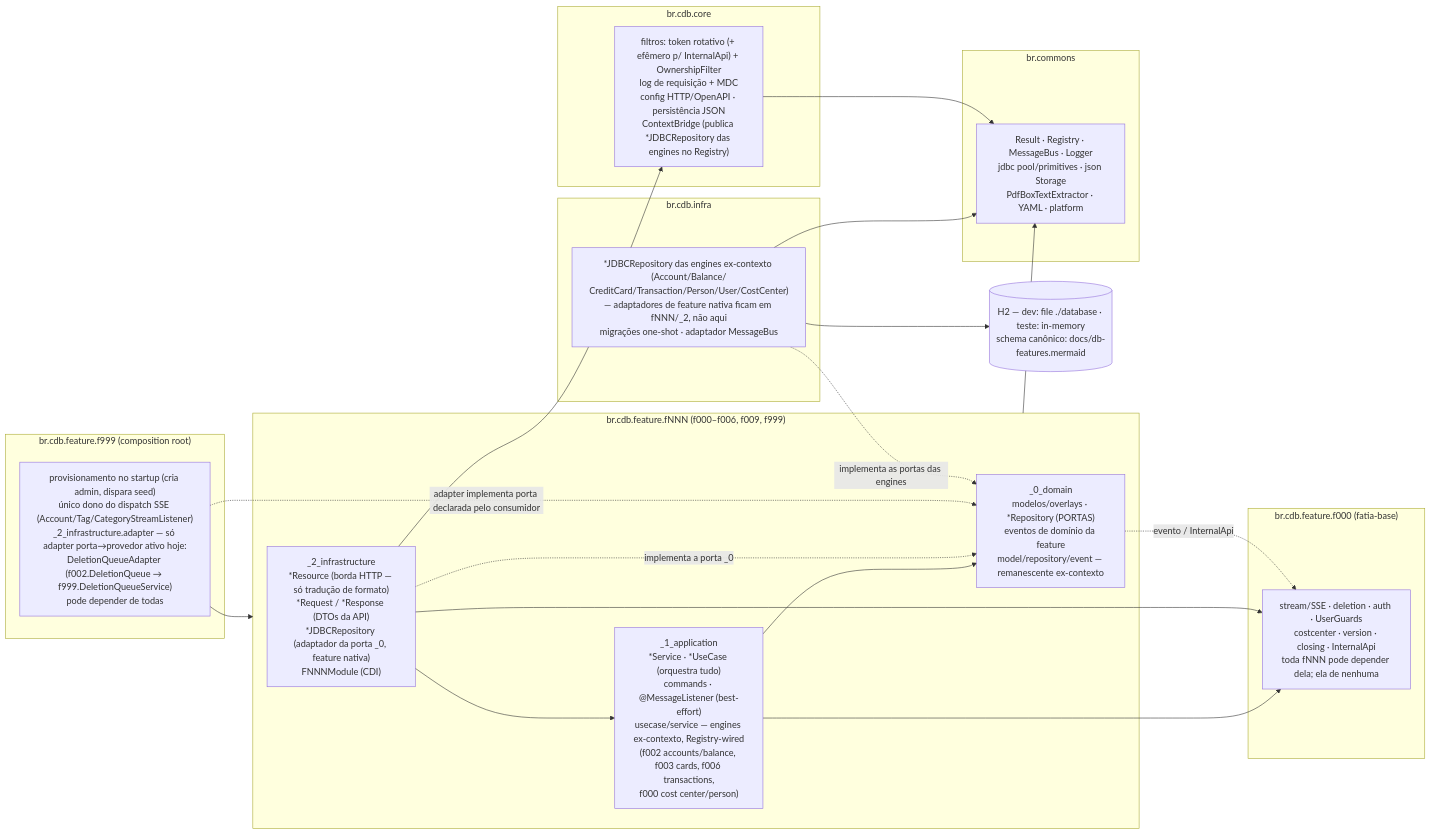
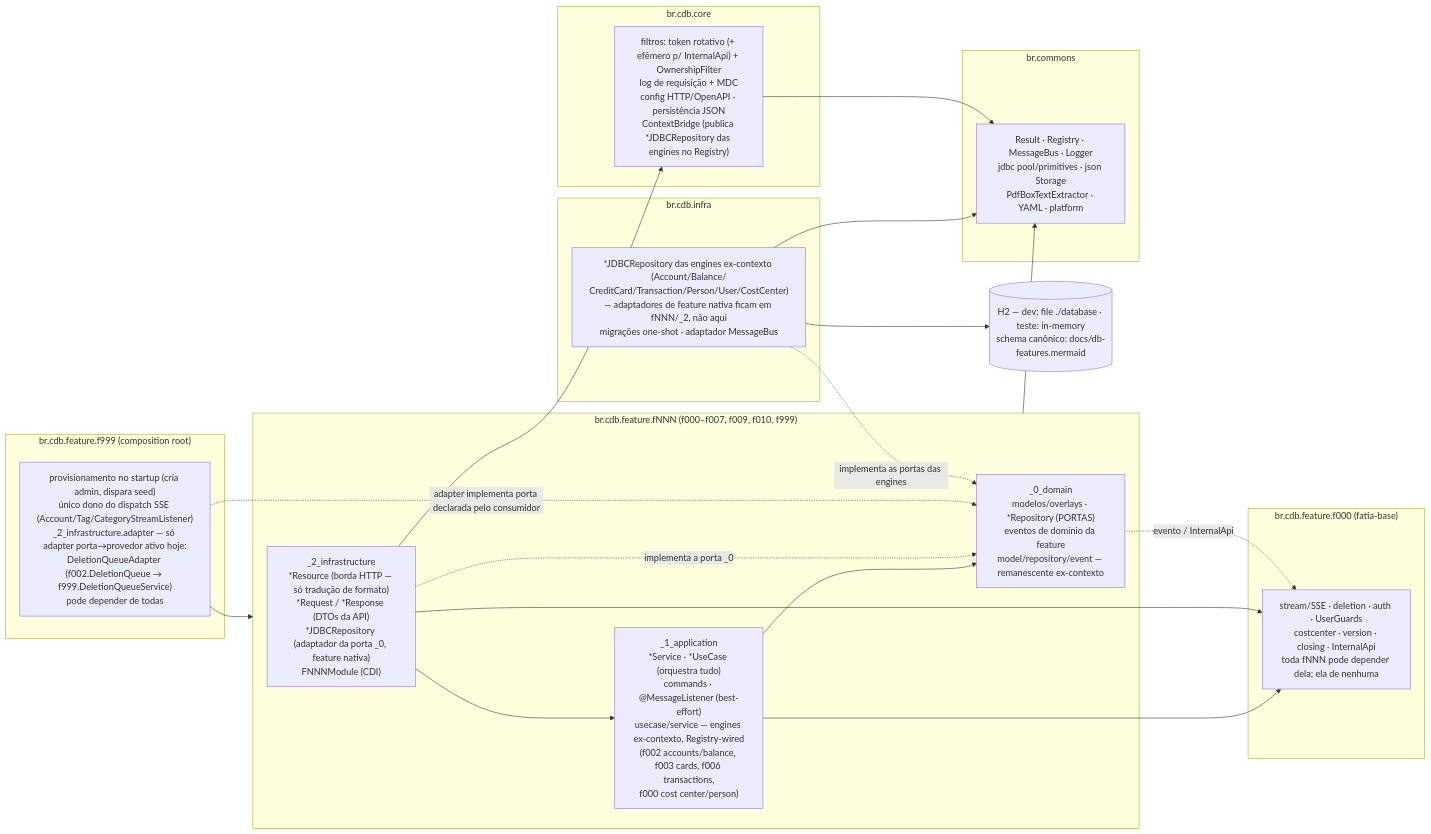
Before and after one commit to bkaraujo/cdb-judas: the diagram in docs/architecture-backend.mermaid, drawn with Mermaid. The commit also changed 110 other files, not shown here.

```diff
--- a/docs/architecture-backend.mermaid
+++ b/docs/architecture-backend.mermaid
@@ -1,58 +1,58 @@
 flowchart LR
 %% CDB Finance — Backend: diagrama de pacotes (placement de classes).
 %% Cada caixa diz o que MORA no pacote; setas = dependências permitidas.
 %% ArchUnit proíbe: Resource→Repository; _1_application→_2_infrastructure (por fNNN);
 %% core→feature; fatia fNNN↔fNNN irmã, em qualquer direção (regra
 %% feature_slices_must_not_depend_on_sibling_slices). Só duas exceções nomeadas: alvo f000
 %% (kernel) e origem f999 (composition root). Cross-slice de verdade é sempre evento
 %% (f000._0_domain.event, efeito sem retorno), f000.InternalApi (HTTP interno contra o endpoint
 %% público da fatia dona, leitura síncrona com retorno), ou adapter em
 %% f999._2_infrastructure.adapter (porta declarada pelo consumidor, provedor do outro lado).
 %% Exceção temporária (desde a fase 2 de .claude/plan.md, ver javadoc de isDissolvedContextRemnant
 %% em ArchitectureTest): acesso direto a subpacotes _0_domain.model/repository/event e
 %% _1_application.command/service/usecase/event — organização que as classes de
 %% br-context-monetary/br-context-people já tinham antes da dissolução dos contextos (fase 2),
 %% preservada dentro de fNNN.
 
-    subgraph feature["br.cdb.feature.fNNN  (f000–f006, f009, f999)"]
+    subgraph feature["br.cdb.feature.fNNN  (f000–f007, f009, f010, f999)"]
         F2["_2_infrastructure<br>*Resource (borda HTTP — só tradução de formato)<br>*Request / *Response (DTOs da API)<br>*JDBCRepository (adaptador da porta _0, feature nativa)<br>FNNNModule (CDI)"]
         F1["_1_application<br>*Service · *UseCase (orquestra tudo)<br>commands · @MessageListener (best-effort)<br>usecase/service — engines ex-contexto, Registry-wired<br>(f002 accounts/balance, f003 cards, f006 transactions,<br>f000 cost center/person)"]
         F0["_0_domain<br>modelos/overlays · *Repository (PORTAS)<br>eventos de domínio da feature<br>model/repository/event — remanescente ex-contexto"]
     end
 
     subgraph base["br.cdb.feature.f000  (fatia-base)"]
         BASE["stream/SSE · deletion · auth · UserGuards<br>costcenter · version · closing · InternalApi<br>toda fNNN pode depender dela; ela de nenhuma"]
     end
 
     subgraph root["br.cdb.feature.f999  (composition root)"]
         ROOT["provisionamento no startup (cria admin, dispara seed)<br>único dono do dispatch SSE (Account/Tag/CategoryStreamListener)<br>_2_infrastructure.adapter — só adapter porta→provedor ativo hoje:<br>DeletionQueueAdapter (f002.DeletionQueue → f999.DeletionQueueService)<br>pode depender de todas"]
     end
 
     subgraph core["br.cdb.core"]
         CORE["filtros: token rotativo (+ efêmero p/ InternalApi) + OwnershipFilter<br>log de requisição + MDC<br>config HTTP/OpenAPI · persistência JSON<br>ContextBridge (publica *JDBCRepository das engines no Registry)"]
     end
 
     subgraph infra["br.cdb.infra"]
         INF["*JDBCRepository das engines ex-contexto (Account/Balance/<br>CreditCard/Transaction/Person/User/CostCenter)<br>— adaptadores de feature nativa ficam em fNNN/_2, não aqui<br>migrações one-shot · adaptador MessageBus"]
     end
 
     subgraph commons["br.commons"]
         COM["Result · Registry · MessageBus · Logger<br>jdbc pool/primitives · json Storage<br>PdfBoxTextExtractor · YAML · platform"]
     end
 
     DB[("H2 — dev: file ./database · teste: in-memory<br>schema canônico: docs/db-features.mermaid")]
 
     F2 --> F1
     F1 --> F0
     F2 -.->|"implementa a porta _0"| F0
     F1 --> BASE
     F2 --> BASE
     F2 --> CORE
     F0 -.->|"evento / InternalApi"| BASE
     ROOT --> feature
     ROOT -.->|"adapter implementa porta declarada pelo consumidor"| F0
     INF -.->|"implementa as portas das engines"| F0
     INF --> DB
     INF --> COM
     CORE --> COM
     feature --> COM
```
